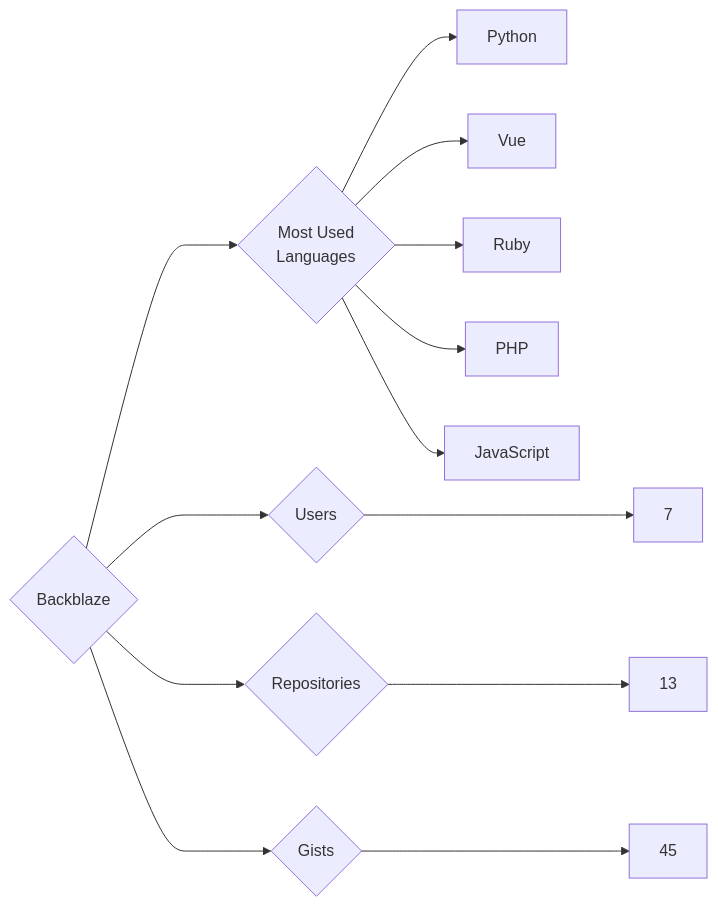
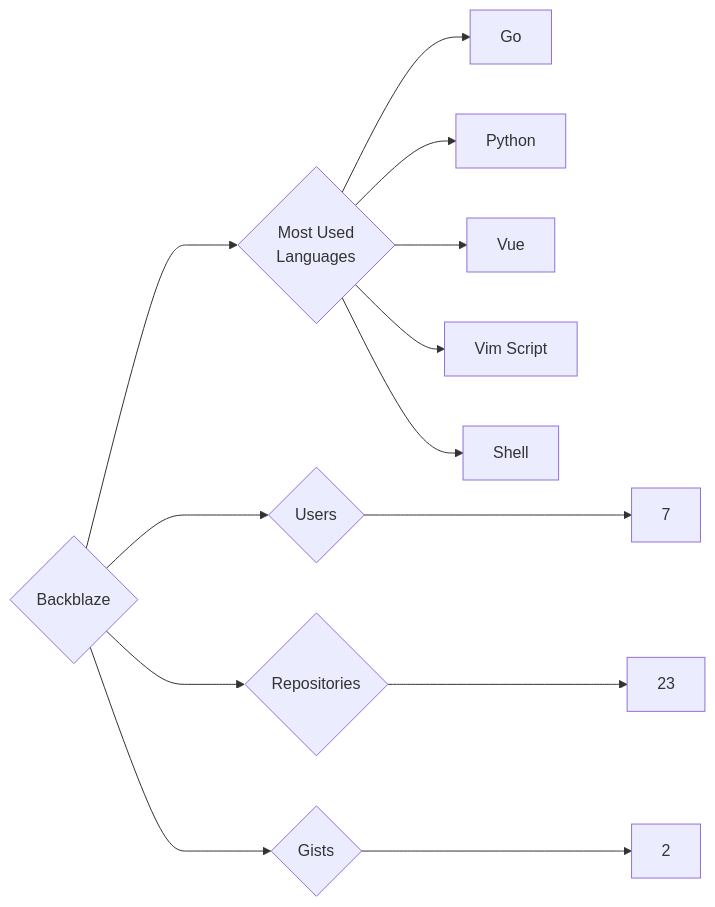
One commit to trickest/insiders changed the diagram in targets/Backblaze/README.md. Above: the diagram before and after it, drawn with Mermaid. The commit also changed 1023 other files, not shown here.

````diff
--- a/targets/Backblaze/README.md
+++ b/targets/Backblaze/README.md
@@ -3,13 +3,13 @@
 ```mermaid
 graph LR
 COMPANY_NAME{Backblaze}
 COMPANY_NAME ---> U{Users} ---> UN[7]
-COMPANY_NAME ---> R{Repositories} ---> RN[13]
-COMPANY_NAME ---> G{Gists} ---> GN[45]
+COMPANY_NAME ---> R{Repositories} ---> RN[23]
+COMPANY_NAME ---> G{Gists} ---> GN[2]
 COMPANY_NAME ---> ML{Most Used<br>Languages}
+ML --> Go[Go]
 ML --> Python[Python]
 ML --> Vue[Vue]
-ML --> Ruby[Ruby]
-ML --> PHP[PHP]
-ML --> JavaScript[JavaScript]
+ML --> Vim_Script[Vim Script]
+ML --> Shell[Shell]
 ```
````
